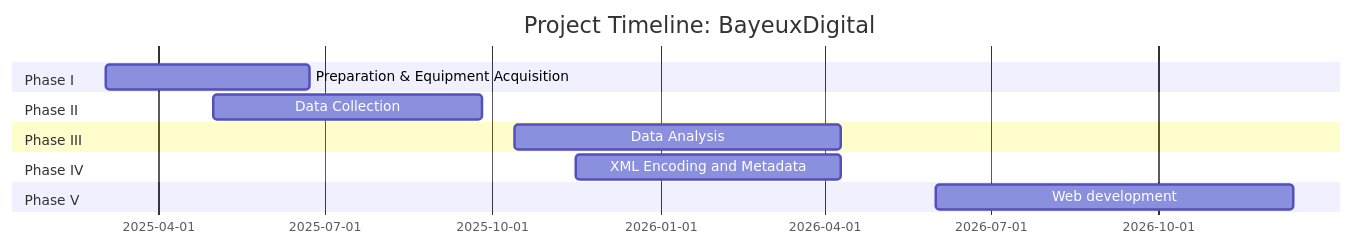
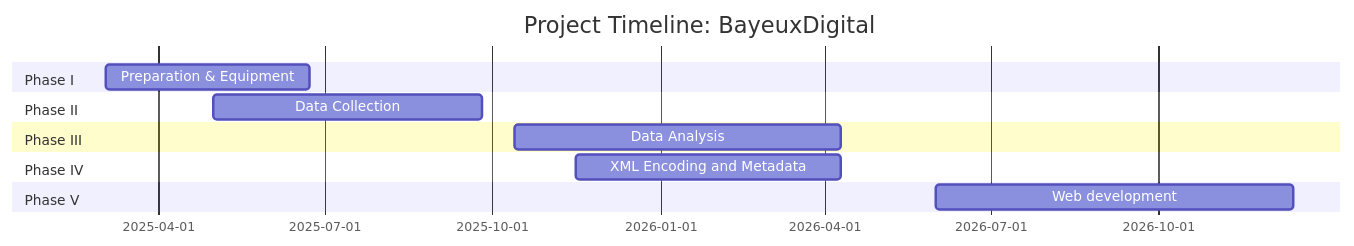
One commit to bjorkk/BayeuxDigital changed the diagram in gantt-timeline.md. Above: the diagram before and after it, drawn with Mermaid.

````diff
--- a/gantt-timeline.md
+++ b/gantt-timeline.md
@@ -3,15 +3,15 @@
 ```mermaid
 gantt
     title Project Timeline: BayeuxDigital
     dateFormat  YYYY-MM-DD
     section Phase I
-    Preparation & Equipment Acquisition :a1, 2025-03-03, 2025-06-23
+    Preparation & Equipment :a1, 2025-03-03, 2025-06-23
     section Phase II
     Data Collection :a2, 2025-05-01, 2025-09-25
     section Phase III
     Data Analysis :a3, 2025-10-13, 2026-04-10
     section Phase IV
     XML Encoding and Metadata :a4, 2025-11-16, 2026-04-10
     section Phase V
     Web development :a5, 2026-06-01, 2026-12-14
 ```
````
